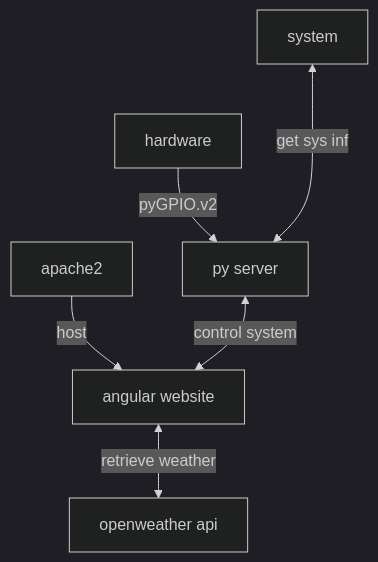
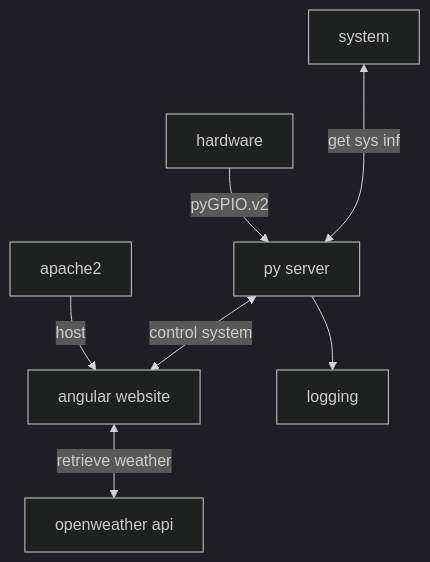
One commit to FelixWiemann/SmartMirror changed the first of 2 diagrams in software.md. Above: the diagram before and after it, drawn with Mermaid (dark theme). The commit also changed other lines of this file and 6 other files, not shown here.

````diff
--- a/software.md
+++ b/software.md
@@ -10,12 +12,14 @@
 ```mermaid
 graph TD;
     display[angular website]
     python[py server]
     weather[openweather api]
+    log[logging]
 
     apache2--host-->display
     hardware--pyGPIO.v2-->python
     system <--get sys info-->python
     python<--control system-->display
     display<--retrieve weather-->weather
+    python -->log
 ```
````
